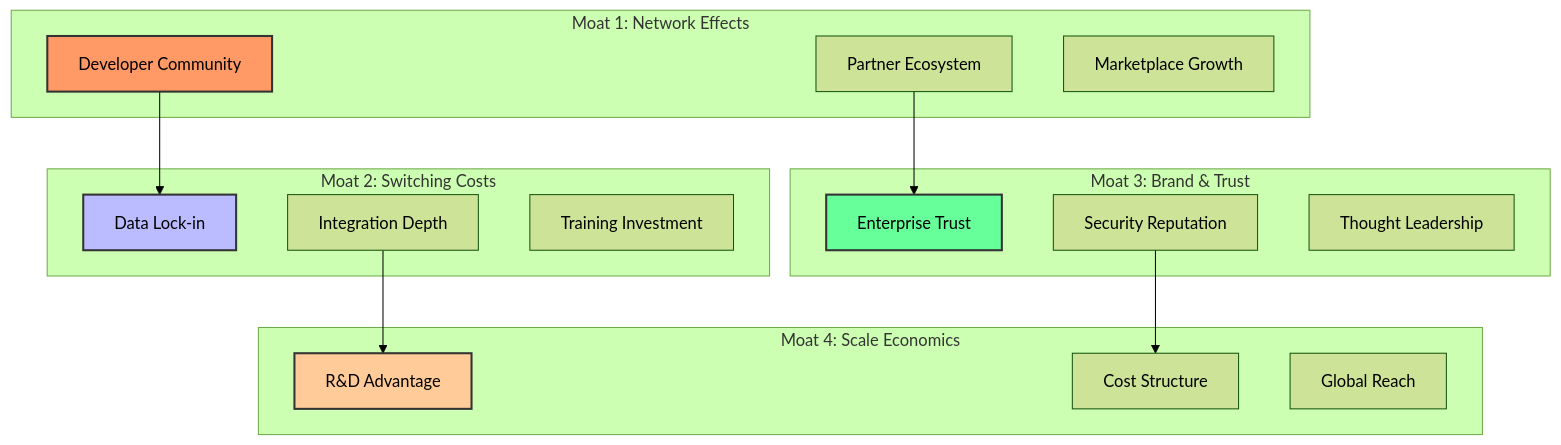
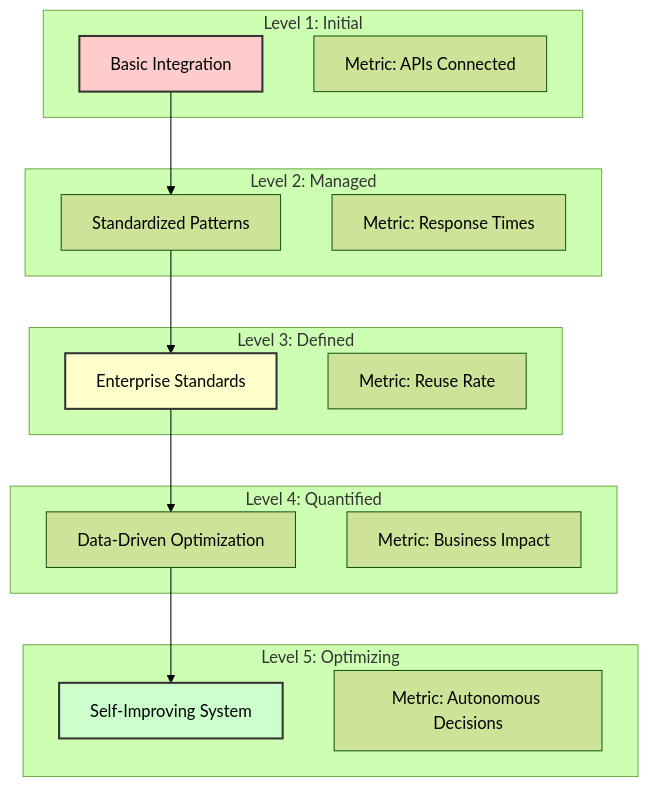
The seventh of 10 diagrams in docs/AI/Comunicação/MCP/16-mcp-analise preditiva.md (felipepimentel/my-public-notes), drawn with Mermaid (forest theme) before and after one commit. The commit also changed other lines of this file and 2 other files, not shown here.

````diff
--- a/docs/AI/Comunicação/MCP/16-mcp-analise preditiva.md
+++ b/docs/AI/Comunicação/MCP/16-mcp-analise preditiva.md
@@ -506,36 +268,33 @@
 ```mermaid
 graph TD
-    subgraph "Moat 1: Network Effects"
-        NE1[Developer Community]
-        NE2[Partner Ecosystem]
-        NE3[Marketplace Growth]
+    subgraph "Level 1: Initial"
+        L1[Basic Integration]
+        L1M[Metric: APIs Connected]
     end
     
-    subgraph "Moat 2: Switching Costs"
-        SC1[Data Lock-in]
-        SC2[Integration Depth]
-        SC3[Training Investment]
+    subgraph "Level 2: Managed"
+        L2[Standardized Patterns]
+        L2M[Metric: Response Times]
     end
     
-    subgraph "Moat 3: Brand & Trust"
-        BT1[Enterprise Trust]
-        BT2[Security Reputation]
-        BT3[Thought Leadership]
+    subgraph "Level 3: Defined"
+        L3[Enterprise Standards]
+        L3M[Metric: Reuse Rate]
     end
     
-    subgraph "Moat 4: Scale Economics"
-        SE1[R&D Advantage]
-        SE2[Cost Structure]
-        SE3[Global Reach]
+    subgraph "Level 4: Quantified"
+        L4[Data-Driven Optimization]
+        L4M[Metric: Business Impact]
     end
     
-    NE1 --> SC1
-    NE2 --> BT1
-    SC2 --> SE1
-    BT2 --> SE2
+    subgraph "Level 5: Optimizing"
+        L5[Self-Improving System]
+        L5M[Metric: Autonomous Decisions]
+    end
     
-    style NE1 fill:#f96,stroke:#333,stroke-width:2px
-    style SC1 fill:#bbf,stroke:#333,stroke-width:2px
-    style BT1 fill:#6f9,stroke:#333,stroke-width:2px
-    style SE1 fill:#fc9,stroke:#333,stroke-width:2px
+    L1 --> L2 --> L3 --> L4 --> L5
+    
+    style L1 fill:#fcc,stroke:#333,stroke-width:2px
+    style L3 fill:#ffc,stroke:#333,stroke-width:2px
+    style L5 fill:#cfc,stroke:#333,stroke-width:2px
 ```
````
